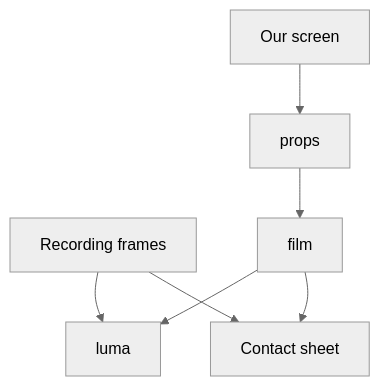
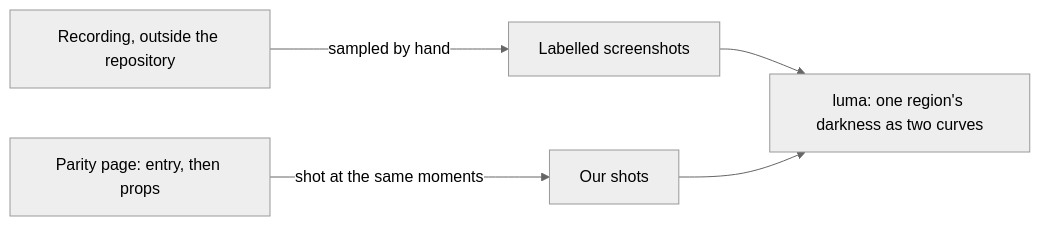
One commit to Esposter/Esposter changed the diagram in openspec/specs/genshin/parity/motion/design.md. Above: the diagram before and after it, drawn with Mermaid (neutral theme). The commit also changed other lines of this file and 42 other files, not shown here.

First line of the commit message:
docs(genshin-parity): the specs, skill and open changes say a reference is a screenshot sampled by hand

````diff
--- a/openspec/specs/genshin/parity/motion/design.md
+++ b/openspec/specs/genshin/parity/motion/design.md
@@ -7,9 +7,7 @@
 ```mermaid
-flowchart TD
-  REC["Recording frames"] --> LUMA["luma"]
-  OURS["Our screen"] --> PROPS["props"]
-  PROPS --> FILM["film"]
-  FILM --> LUMA
-  FILM --> SHEET["Contact sheet"]
-  REC --> SHEET
+flowchart LR
+  REC["Recording, outside the repository"] -->|"sampled by hand"| SHOTS["Labelled screenshots"]
+  PAGE["Parity page: entry, then props"] -->|"shot at the same moments"| OURS["Our shots"]
+  SHOTS --> LUMA["luma: one region's darkness as two curves"]
+  OURS --> LUMA
 ```
````
